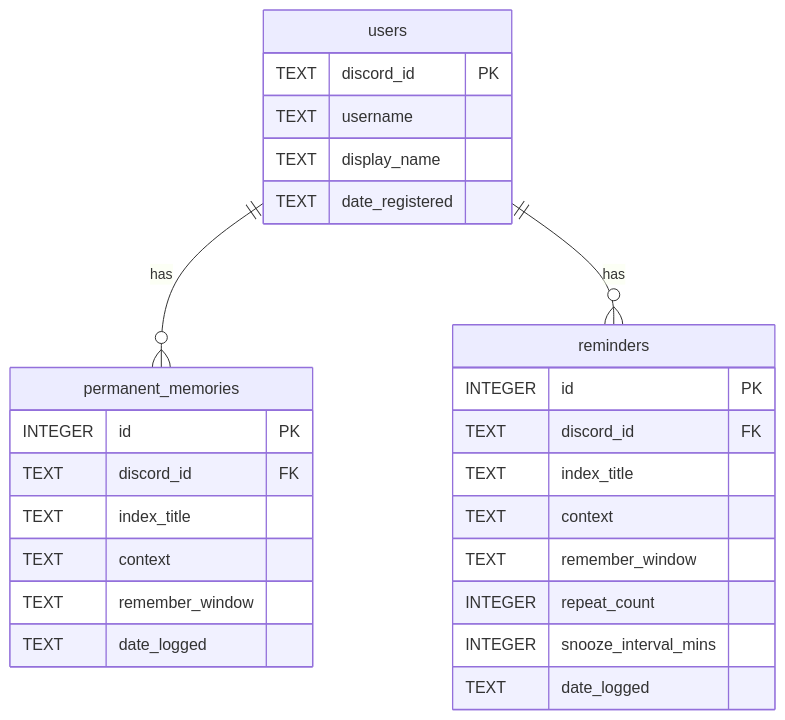
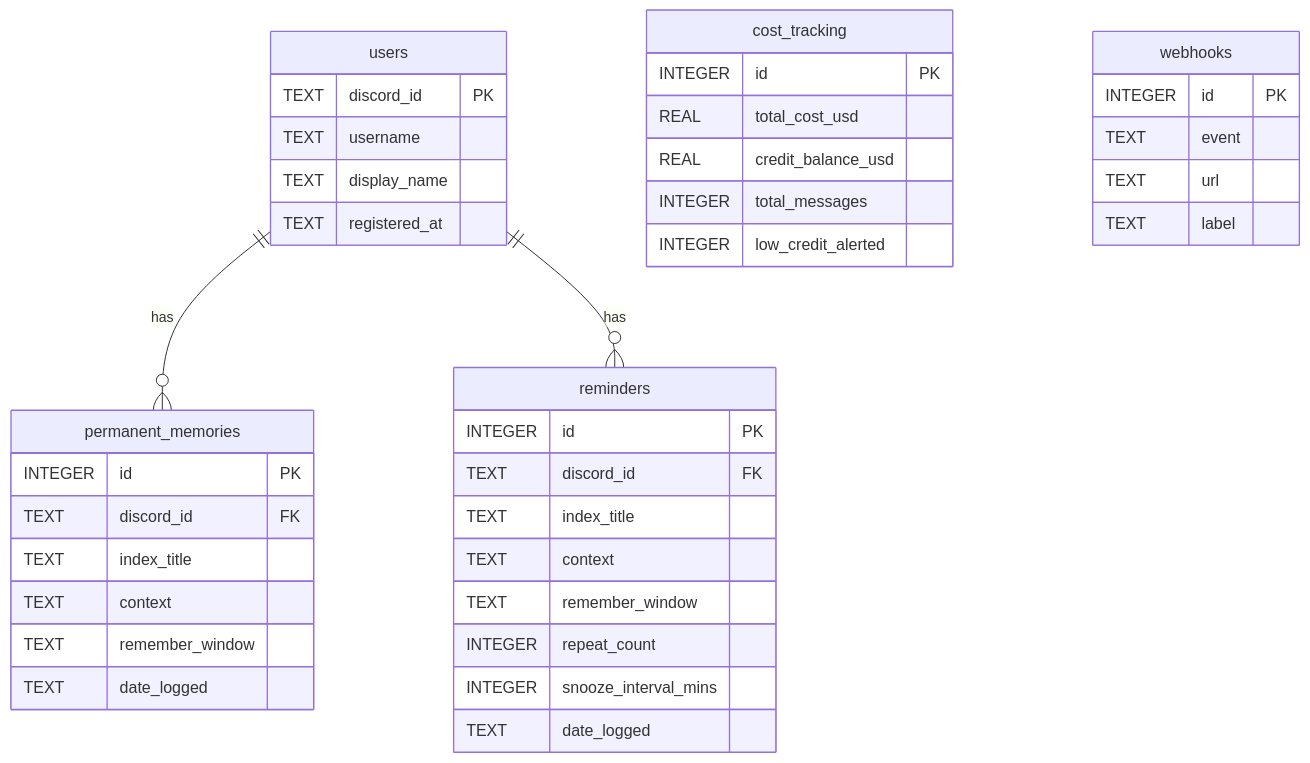
Before and after one commit to siddh30/RYO: the third of 3 diagrams in README.MD, drawn with Mermaid. The commit also changed other lines of this file, not shown here.

````diff
--- a/README.MD
+++ b/README.MD
@@ -90,29 +128,42 @@
 ```mermaid
 erDiagram
     users {
         TEXT discord_id PK
         TEXT username
         TEXT display_name
-        TEXT date_registered
+        TEXT registered_at
     }
     permanent_memories {
         INTEGER id PK
         TEXT discord_id FK
         TEXT index_title
         TEXT context
         TEXT remember_window
         TEXT date_logged
     }
     reminders {
         INTEGER id PK
         TEXT discord_id FK
         TEXT index_title
         TEXT context
         TEXT remember_window
         INTEGER repeat_count
         INTEGER snooze_interval_mins
         TEXT date_logged
     }
+    cost_tracking {
+        INTEGER id PK
+        REAL total_cost_usd
+        REAL credit_balance_usd
+        INTEGER total_messages
+        INTEGER low_credit_alerted
+    }
+    webhooks {
+        INTEGER id PK
+        TEXT event
+        TEXT url
+        TEXT label
+    }
     users ||--o{ permanent_memories : has
     users ||--o{ reminders : has
 ```
````
